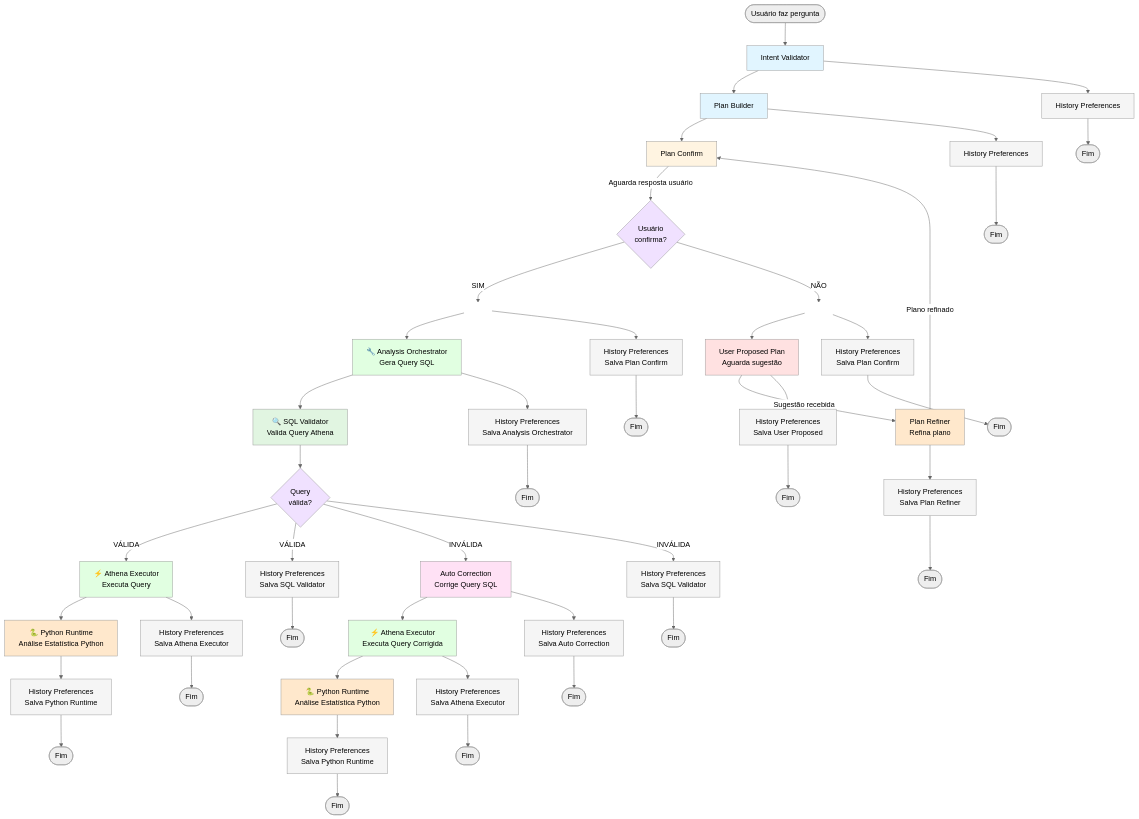
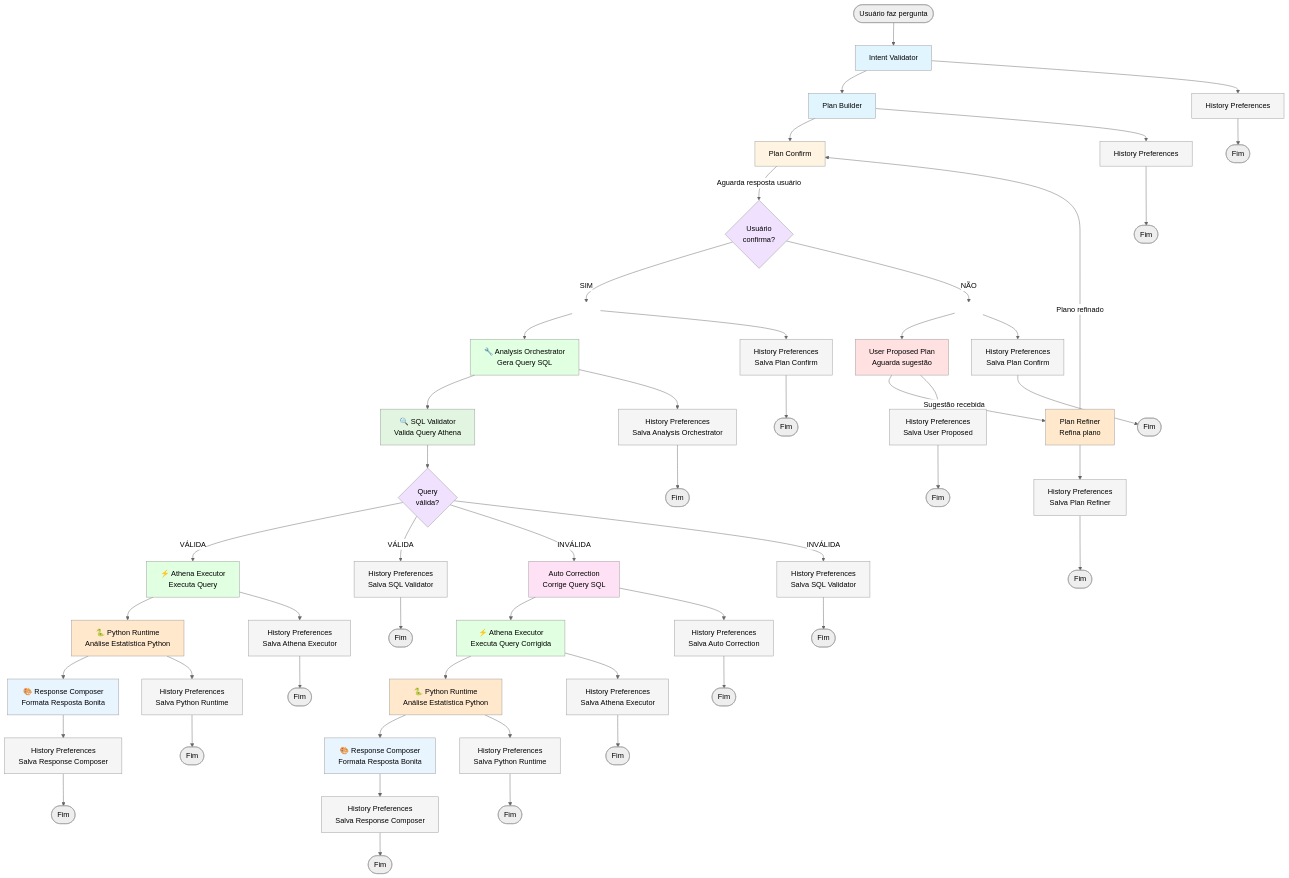
One commit to thigarciaj/ezpocket changed the diagram in actual_state_solution/graph_orchestrator_flow.mmd. Above: the diagram before and after it, drawn with Mermaid (neutral theme). The commit also changed 14 other files, not shown here.

First line of the commit message:
feat: Add Python Runtime and Response Composer agents with full integration

```diff
--- a/actual_state_solution/graph_orchestrator_flow.mmd
+++ b/actual_state_solution/graph_orchestrator_flow.mmd
@@ -1,101 +1,113 @@
 graph TD
     Start([Usuário faz pergunta]) --> IntentValidator[Intent Validator]
     
     IntentValidator --> PlanBuilder[Plan Builder]
     IntentValidator --> H1[History Preferences]
     
     PlanBuilder --> PlanConfirm[Plan Confirm]
     PlanBuilder --> H2[History Preferences]
     
     PlanConfirm -->|Aguarda resposta usuário| Decision{Usuário<br/>confirma?}
     
     %% Ramo SIM (apenas uma seta)
     Decision -->|SIM| Yes[  ]
     Yes --> AnalysisOrchestrator["🔧 Analysis Orchestrator<br/>Gera Query SQL"]
     Yes --> H3[History Preferences<br/>Salva Plan Confirm]
 
     %% Ramo NÃO (apenas uma seta)
     Decision -->|NÃO| No[  ]
     No --> UserProposed[User Proposed Plan<br/>Aguarda sugestão]
     No --> H4[History Preferences<br/>Salva Plan Confirm]
     
     %% Fluxo após Analysis Orchestrator: Paralelo para SQL Validator + History
     AnalysisOrchestrator -->SQLValidator["🔍 SQL Validator<br/>Valida Query Athena"]
     AnalysisOrchestrator -->H5[History Preferences<br/>Salva Analysis Orchestrator]
     
     %% SQL Validator decide o fluxo baseado na validação
     SQLValidator --> ValidationDecision{Query<br/>válida?}
     
     %% Se query VÁLIDA: vai para Athena Executor + History (paralelo)
     ValidationDecision -->|VÁLIDA| AthenaExecutor["⚡ Athena Executor<br/>Executa Query"]
     ValidationDecision -->|VÁLIDA| H8[History Preferences<br/>Salva SQL Validator]
     
     %% Se query INVÁLIDA: vai para AutoCorrection + History (paralelo)
     ValidationDecision -->|INVÁLIDA| AutoCorrection[Auto Correction<br/>Corrige Query SQL]
     ValidationDecision -->|INVÁLIDA| H8B[History Preferences<br/>Salva SQL Validator]
     
     %% AutoCorrection corrige e vai para Athena Executor + History (paralelo)
     AutoCorrection --> AthenaExecutor2["⚡ Athena Executor<br/>Executa Query Corrigida"]
     AutoCorrection --> H9[History Preferences<br/>Salva Auto Correction]
     
     %% Athena Executor vai para Python Runtime + History (paralelo)
     AthenaExecutor --> PythonRuntime["🐍 Python Runtime<br/>Análise Estatística Python"]
     AthenaExecutor --> H10[History Preferences<br/>Salva Athena Executor]
     AthenaExecutor2 --> PythonRuntime2["🐍 Python Runtime<br/>Análise Estatística Python"]
     AthenaExecutor2 --> H10B[History Preferences<br/>Salva Athena Executor]
     
-    %% Python Runtime salva no History
+    %% Python Runtime vai para Response Composer + History (paralelo)
+    PythonRuntime --> ResponseComposer["🎨 Response Composer<br/>Formata Resposta Bonita"]
     PythonRuntime --> H11[History Preferences<br/>Salva Python Runtime]
+    PythonRuntime2 --> ResponseComposer2["🎨 Response Composer<br/>Formata Resposta Bonita"]
     PythonRuntime2 --> H12[History Preferences<br/>Salva Python Runtime]
+    
+    %% Response Composer salva no History
+    ResponseComposer --> H13[History Preferences<br/>Salva Response Composer]
+    ResponseComposer2 --> H14[History Preferences<br/>Salva Response Composer]
     
     UserProposed -->|Sugestão recebida| PlanRefiner[Plan Refiner<br/>Refina plano]
     UserProposed --> H6[History Preferences<br/>Salva User Proposed]
     
     PlanRefiner -->|Plano refinado| PlanConfirm
     PlanRefiner --> H7[History Preferences<br/>Salva Plan Refiner]
     
     H1 --> End1([Fim])
     H2 --> End2([Fim])
     H3 --> End3([Fim])
     H4 --> End4([Fim])
     H5 --> End5([Fim])
     H6 --> End6([Fim])
     H7 --> End7([Fim])
     H8 --> End8([Fim])
     H8B --> End8B([Fim])
     H9 --> End9([Fim])
     H10 --> End10([Fim])
     H10B --> End10B([Fim])
     H11 --> End11([Fim])
     H12 --> End12([Fim])
+    H13 --> End13([Fim])
+    H14 --> End14([Fim])
 
     style IntentValidator fill:#e1f5ff
     style PlanBuilder fill:#e1f5ff
     style PlanConfirm fill:#fff4e1
     style AnalysisOrchestrator fill:#e1ffe1
     style SQLValidator fill:#e1f5e1
     style AutoCorrection fill:#ffe1f5
     style UserProposed fill:#ffe1e1
     style PlanRefiner fill:#ffe8cc
     style Decision fill:#f0e1ff
     style ValidationDecision fill:#f0e1ff
     style Yes fill:#ffffff,stroke:#ffffff
     style No fill:#ffffff,stroke:#ffffff
     style H1 fill:#f5f5f5
     style H2 fill:#f5f5f5
     style H3 fill:#f5f5f5
     style H4 fill:#f5f5f5
     style H5 fill:#f5f5f5
     style H6 fill:#f5f5f5
     style H7 fill:#f5f5f5
     style H8 fill:#f5f5f5
     style H8B fill:#f5f5f5
     style H9 fill:#f5f5f5
     style H10 fill:#f5f5f5
     style H10B fill:#f5f5f5
     style H11 fill:#f5f5f5
     style H12 fill:#f5f5f5
+    style H13 fill:#f5f5f5
+    style H14 fill:#f5f5f5
     style AthenaExecutor fill:#e1ffe1
     style AthenaExecutor2 fill:#e1ffe1
     style PythonRuntime fill:#ffe8cc
     style PythonRuntime2 fill:#ffe8cc
+    style ResponseComposer fill:#e8f5ff
+    style ResponseComposer2 fill:#e8f5ff
```
